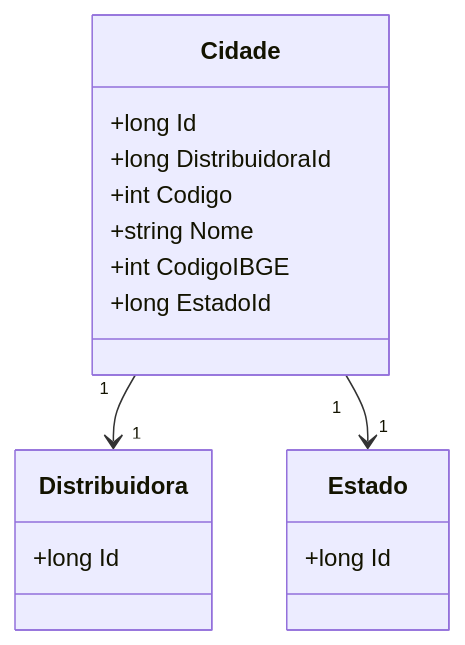
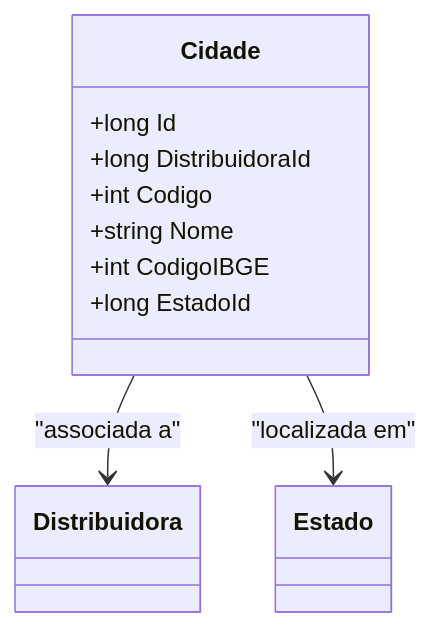
The diagram in docs/b2b-dominio/IsthmusWinthor.Nucleo/IsthmusWinthor.Dominio/Entidades/Cidade.md (IsthmusSistemas/documentacao-tecnica), drawn with Mermaid before and after one commit. The commit also changed other lines of this file and 882 other files, not shown here.

````diff
--- a/docs/b2b-dominio/IsthmusWinthor.Nucleo/IsthmusWinthor.Dominio/Entidades/Cidade.md
+++ b/docs/b2b-dominio/IsthmusWinthor.Nucleo/IsthmusWinthor.Dominio/Entidades/Cidade.md
@@ -22,22 +25,20 @@
 ```mermaid
 classDiagram
     class Cidade {
         +long Id
         +long DistribuidoraId
         +int Codigo
         +string Nome
         +int CodigoIBGE
         +long EstadoId
     }
-
+    
     class Distribuidora {
-        +long Id
+    }
+    
+    class Estado {
     }
 
-    class Estado {
-        +long Id
-    }
-
-    Cidade "1" --> "1" Distribuidora
-    Cidade "1" --> "1" Estado
+    Cidade --> Distribuidora : "associada a"
+    Cidade --> Estado : "localizada em"
 ```
````
